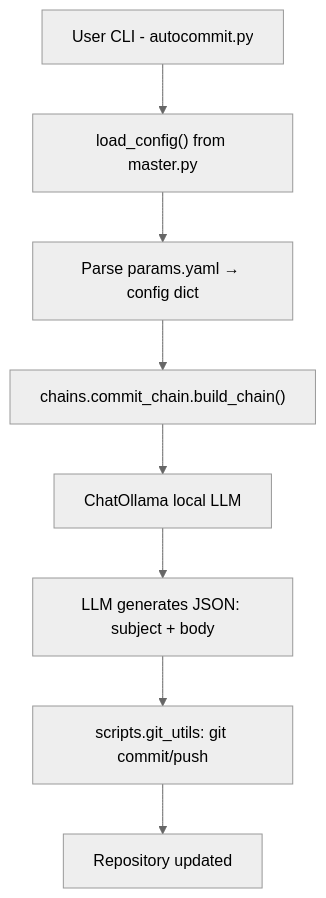
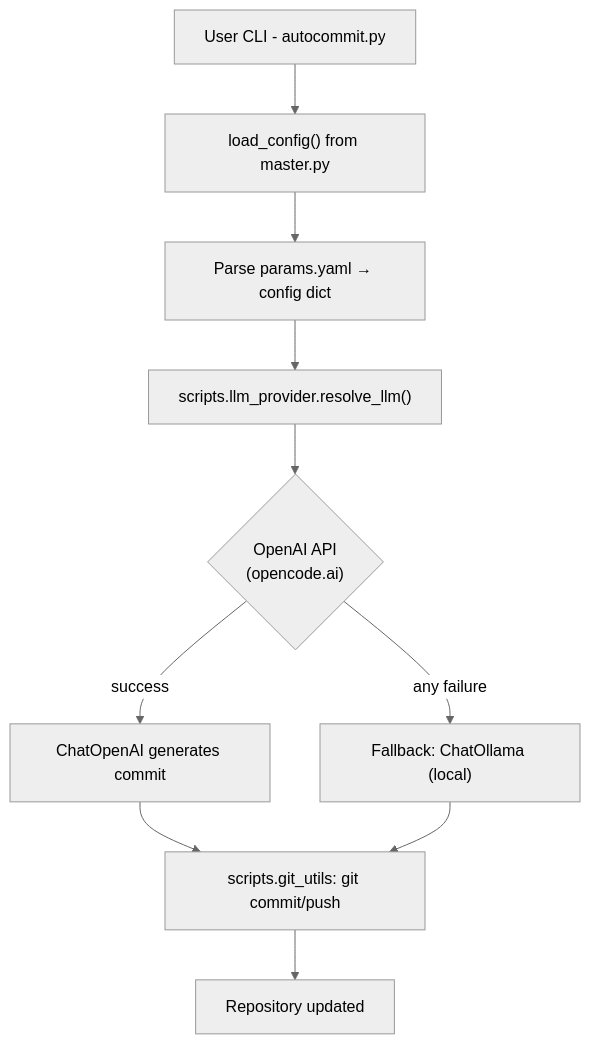
One commit to brandon-benge/langchain_autocommit changed the diagram in README.md. Above: the diagram before and after it, drawn with Mermaid (neutral theme). The commit also changed other lines of this file and 12 other files, not shown here.

````diff
--- a/README.md
+++ b/README.md
@@ -29,10 +31,12 @@
 ```mermaid
 flowchart TD
     A["User CLI - autocommit.py"] --> B["load_config() from master.py"]
     B --> C["Parse params.yaml → config dict"]
-    C --> D["chains.commit_chain.build_chain()"]
-    D --> E["ChatOllama local LLM"]
-    E --> F["LLM generates JSON: subject + body"]
-    F --> G["scripts.git_utils: git commit/push"]
-    G --> H["Repository updated"]
+    C --> D["scripts.llm_provider.resolve_llm()"]
+    D --> E{"OpenAI API\n(opencode.ai)"}
+    E -->|"success"| F["ChatOpenAI generates commit"]
+    E -->|"any failure"| G["Fallback: ChatOllama (local)"]
+    F --> H["scripts.git_utils: git commit/push"]
+    G --> H
+    H --> I["Repository updated"]
 ```
````
